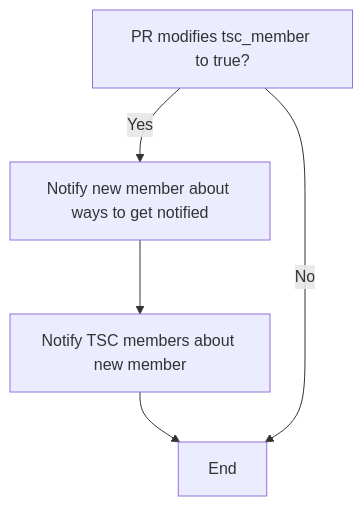
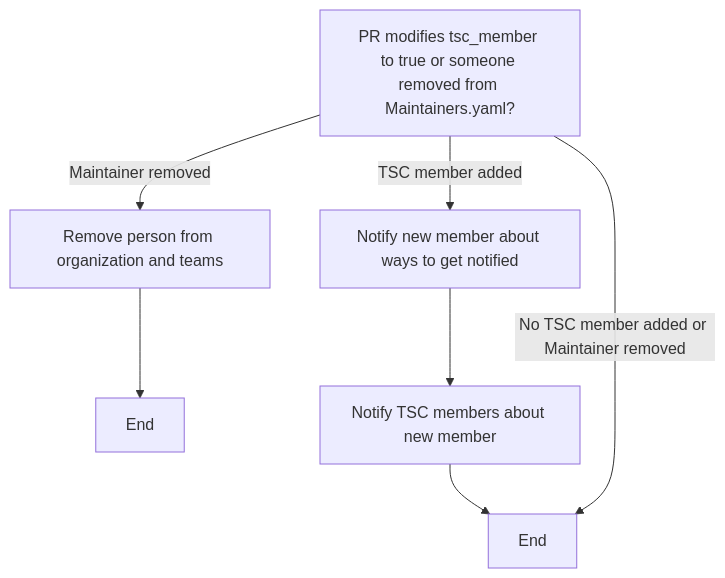
Before and after one commit to asyncapi/community: the ninth of 11 diagrams in mentorship/summerofcode/2023/workflowautomation/README.md, drawn with Mermaid. The commit also changed other lines of this file, not shown here.

Commit message:
chnaged the flowchart and merged two flowchart

````diff
--- a/mentorship/summerofcode/2023/workflowautomation/README.md
+++ b/mentorship/summerofcode/2023/workflowautomation/README.md
@@ -161,7 +163,11 @@
 ```mermaid
 graph TD;
-A[PR modifies tsc_member to true?] --> |Yes| B[Notify new member about ways to get notified];
-B --> C[Notify TSC members about new member];
-C --> D[End];
-A --> |No| D[End];
+A[PR modifies tsc_member to true or someone removed from Maintainers.yaml?] --> |Maintainer removed| B[Remove person from organization and teams];
+B --> C[End];
+
+A --> |TSC member added| D[Notify new member about ways to get notified];
+D --> E[Notify TSC members about new member];
+E --> F[End];
+
+A --> |No TSC member added or Maintainer removed| F[End];
 ```
````
